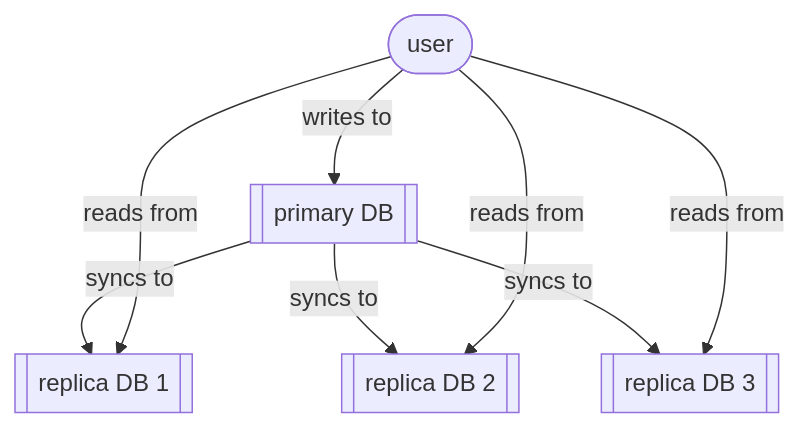
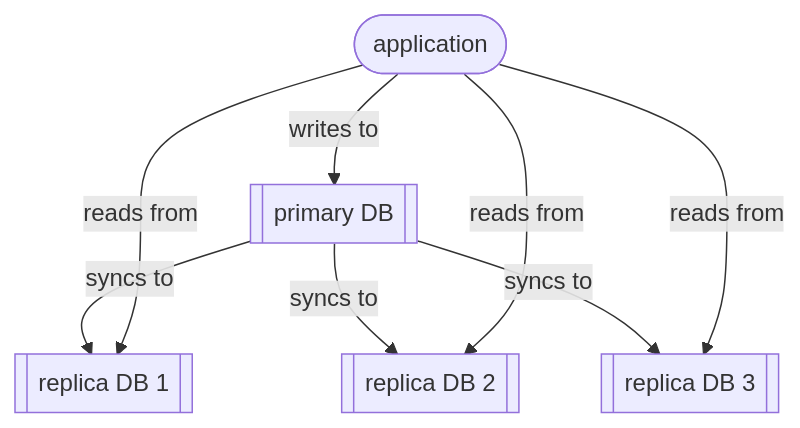
Before and after one commit to conmaol/maglocunus: the diagram in r/read_replicas.md, drawn with Mermaid. The commit also changed other lines of this file, not shown here.

Commit message:
Change user role from 'user' to 'application'

````diff
--- a/r/read_replicas.md
+++ b/r/read_replicas.md
@@ -18,15 +18,15 @@
 ```mermaid
 flowchart TD
   primary[[primary DB]]
   replica1[[replica DB 1]]
   replica2[[replica DB 2]]
   replica3[[replica DB 3]]
   primary -- "syncs to" --> replica1
   primary -- "syncs to" --> replica2
   primary -- "syncs to" --> replica3
-  user(["user"])
+  user(["application"])
   user -- "writes to" --> primary
   user -- "reads from" --> replica1
   user -- "reads from" --> replica2
   user -- "reads from" --> replica3
 ```
````
